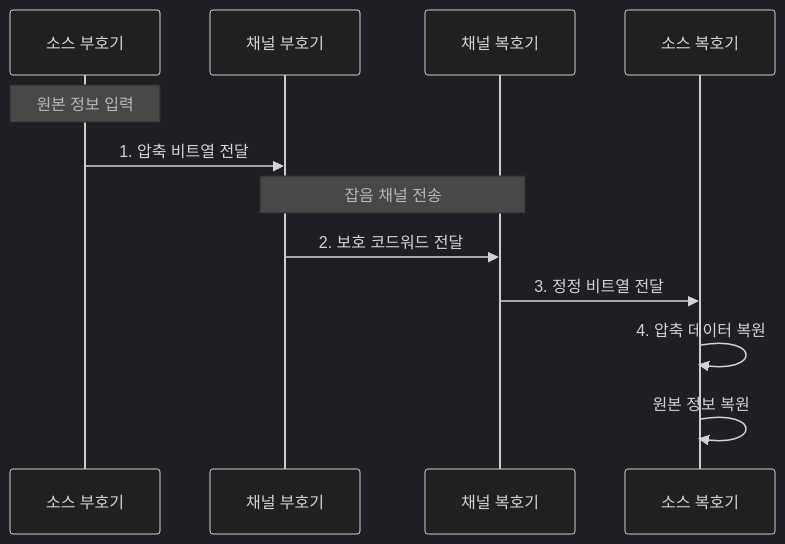
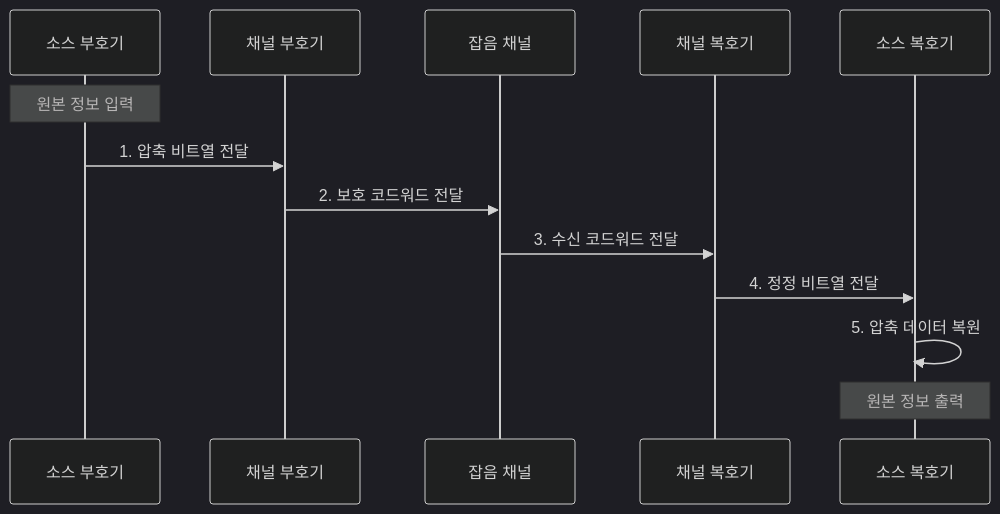
Before and after one commit to agnusdei1207/knowledge-base: the second of 2 diagrams in src/content/docs/notes/01-basic-theory/030_source_vs_channel_coding.md, drawn with Mermaid (dark theme). The commit also changed other lines of this file and 12 other files, not shown here.

````diff
--- a/src/content/docs/notes/01-basic-theory/030_source_vs_channel_coding.md
+++ b/src/content/docs/notes/01-basic-theory/030_source_vs_channel_coding.md
@@ -98,14 +98,15 @@
 ```mermaid
 sequenceDiagram
     participant SE as 소스 부호기
     participant CE as 채널 부호기
+    participant CH as 잡음 채널
     participant CD as 채널 복호기
     participant SD as 소스 복호기
     Note over SE: 원본 정보 입력
     SE->>CE: 1. 압축 비트열 전달
-    Note over CE,CD: 잡음 채널 전송
-    CE->>CD: 2. 보호 코드워드 전달
-    CD->>SD: 3. 정정 비트열 전달
-    SD->>SD: 4. 압축 데이터 복원
-    SD->>SD: 원본 정보 복원
+    CE->>CH: 2. 보호 코드워드 전달
+    CH->>CD: 3. 수신 코드워드 전달
+    CD->>SD: 4. 정정 비트열 전달
+    SD->>SD: 5. 압축 데이터 복원
+    Note over SD: 원본 정보 출력
 ```
````
